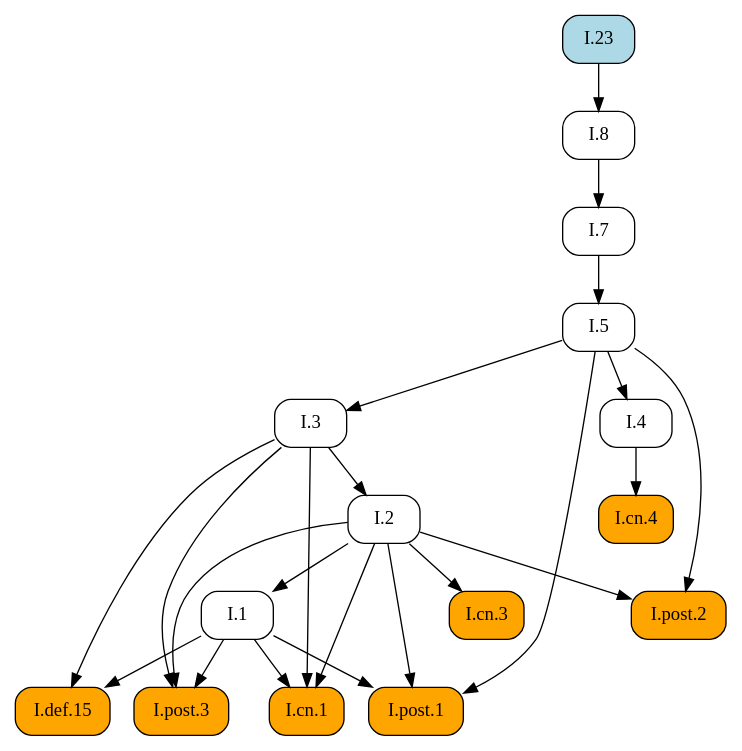
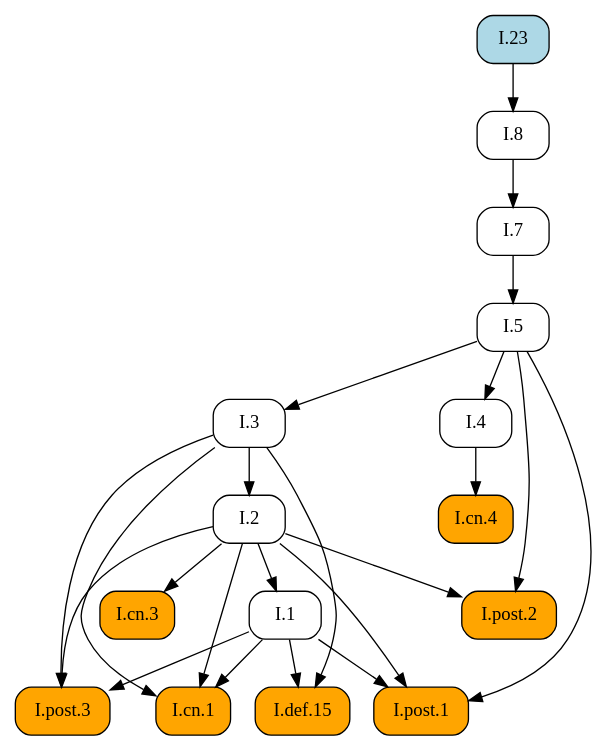
Before and after one commit to geometor/elements: the diagram in docsrc/heath/I/23/index.rst, drawn with Graphviz. The commit also changed other lines of this file and 1029 other files, not shown here.

```diff
--- a/docsrc/heath/I/23/index.rst
+++ b/docsrc/heath/I/23/index.rst
@@ -40,43 +40,43 @@
 .. graphviz::
 
    digraph {
      rankdir="TB";
      node [shape=box, style=rounded];
      "I.def.15" [style="rounded,filled", fillcolor=orange, URL="/heath/I/def.15/", target="_top"];
+     "I.post.3" [style="rounded,filled", fillcolor=orange, URL="/heath/I/post.3/", target="_top"];
      "I.1" [URL="/heath/I/1/", target="_top"];
+     "I.7" [URL="/heath/I/7/", target="_top"];
+     "I.cn.1" [style="rounded,filled", fillcolor=orange, URL="/heath/I/cn.1/", target="_top"];
+     "I.3" [URL="/heath/I/3/", target="_top"];
+     "I.cn.3" [style="rounded,filled", fillcolor=orange, URL="/heath/I/cn.3/", target="_top"];
+     "I.8" [URL="/heath/I/8/", target="_top"];
+     "I.2" [URL="/heath/I/2/", target="_top"];
+     "I.4" [URL="/heath/I/4/", target="_top"];
+     "I.cn.4" [style="rounded,filled", fillcolor=orange, URL="/heath/I/cn.4/", target="_top"];
+     "I.23" [style="rounded,filled", fillcolor=lightblue, URL="/heath/I/23/", target="_top"];
+     "I.post.1" [style="rounded,filled", fillcolor=orange, URL="/heath/I/post.1/", target="_top"];
+     "I.post.2" [style="rounded,filled", fillcolor=orange, URL="/heath/I/post.2/", target="_top"];
      "I.5" [URL="/heath/I/5/", target="_top"];
-     "I.post.3" [style="rounded,filled", fillcolor=orange, URL="/heath/I/post.3/", target="_top"];
-     "I.post.1" [style="rounded,filled", fillcolor=orange, URL="/heath/I/post.1/", target="_top"];
-     "I.cn.3" [style="rounded,filled", fillcolor=orange, URL="/heath/I/cn.3/", target="_top"];
-     "I.7" [URL="/heath/I/7/", target="_top"];
-     "I.4" [URL="/heath/I/4/", target="_top"];
-     "I.3" [URL="/heath/I/3/", target="_top"];
-     "I.cn.4" [style="rounded,filled", fillcolor=orange, URL="/heath/I/cn.4/", target="_top"];
-     "I.8" [URL="/heath/I/8/", target="_top"];
-     "I.cn.1" [style="rounded,filled", fillcolor=orange, URL="/heath/I/cn.1/", target="_top"];
-     "I.post.2" [style="rounded,filled", fillcolor=orange, URL="/heath/I/post.2/", target="_top"];
-     "I.2" [URL="/heath/I/2/", target="_top"];
-     "I.23" [style="rounded,filled", fillcolor=lightblue, URL="/heath/I/23/", target="_top"];
      "I.1" -> "I.def.15";
      "I.3" -> "I.def.15";
-     "I.2" -> "I.1";
-     "I.7" -> "I.5";
      "I.1" -> "I.post.3";
      "I.2" -> "I.post.3";
      "I.3" -> "I.post.3";
+     "I.2" -> "I.1";
+     "I.8" -> "I.7";
+     "I.1" -> "I.cn.1";
+     "I.2" -> "I.cn.1";
+     "I.3" -> "I.cn.1";
+     "I.5" -> "I.3";
+     "I.2" -> "I.cn.3";
+     "I.23" -> "I.8";
+     "I.3" -> "I.2";
+     "I.5" -> "I.4";
+     "I.4" -> "I.cn.4";
      "I.1" -> "I.post.1";
      "I.2" -> "I.post.1";
      "I.5" -> "I.post.1";
-     "I.2" -> "I.cn.3";
-     "I.8" -> "I.7";
-     "I.5" -> "I.4";
-     "I.5" -> "I.3";
-     "I.4" -> "I.cn.4";
-     "I.23" -> "I.8";
-     "I.1" -> "I.cn.1";
-     "I.2" -> "I.cn.1";
-     "I.3" -> "I.cn.1";
      "I.2" -> "I.post.2";
      "I.5" -> "I.post.2";
-     "I.3" -> "I.2";
+     "I.7" -> "I.5";
    }
```
